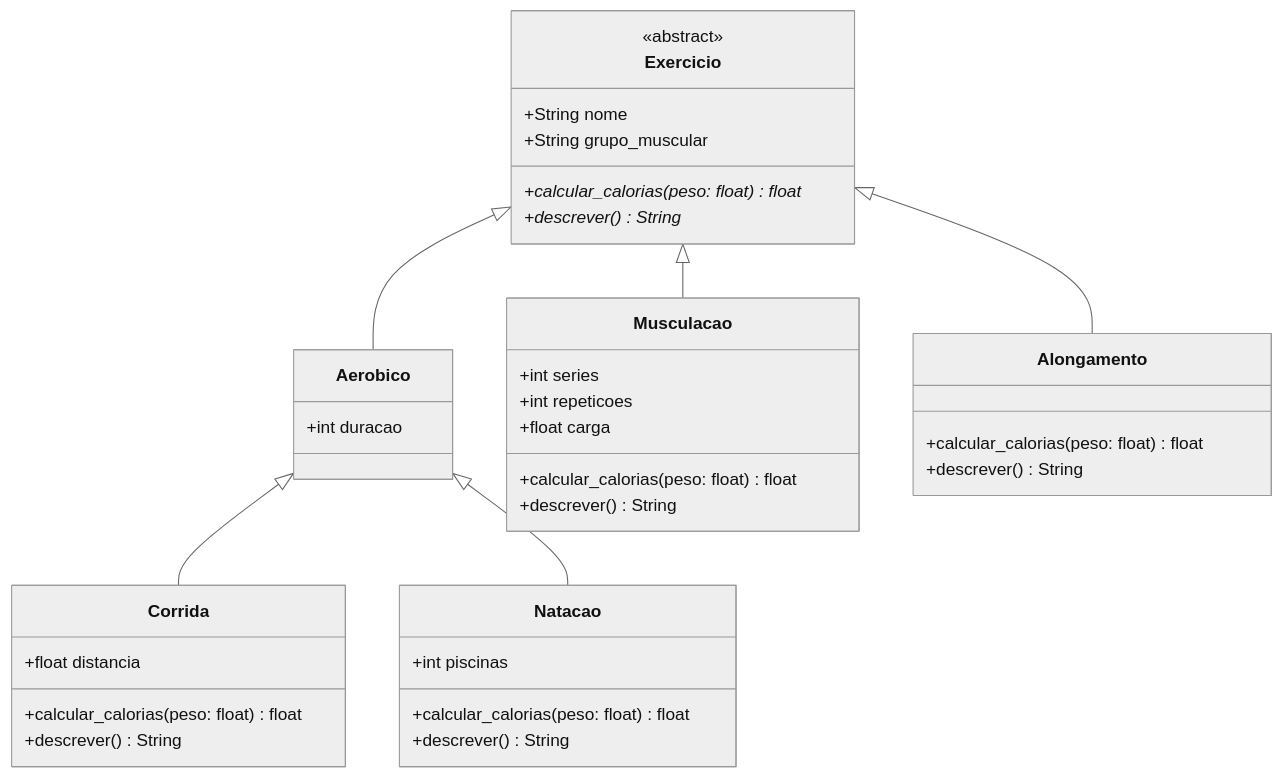
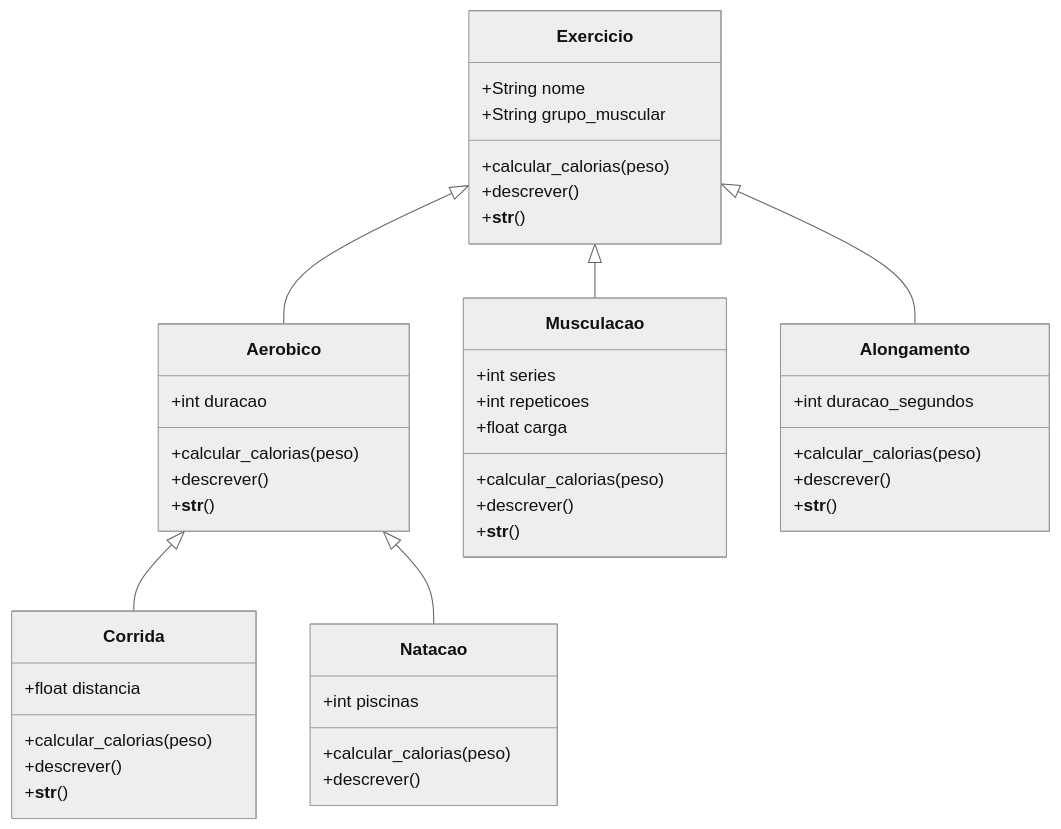
The diagram in docs/diagrama.md (douglaskaran04-ifce/projeto_poo), drawn with Mermaid (neutral theme) before and after one commit. The commit also changed 1 other file, not shown here.

Commit message:
Ajuste no Diagrama

````diff
--- a/docs/diagrama.md
+++ b/docs/diagrama.md
@@ -1,47 +1,52 @@
 ```mermaid
 classDiagram
     class Exercicio {
-        <<abstract>>
         +String nome
         +String grupo_muscular
-        +calcular_calorias(peso: float) float*
-        +descrever() String*
+        +calcular_calorias(peso)
+        +descrever()
+        +__str__()
     }
 
     class Aerobico {
         +int duracao
+        +calcular_calorias(peso)
+        +descrever()
+        +__str__()
     }
 
     class Corrida {
         +float distancia
-        +calcular_calorias(peso: float) float
-        +descrever() String
+        +calcular_calorias(peso)
+        +descrever()
+        +__str__()
     }
 
     class Natacao {
         +int piscinas
-        +calcular_calorias(peso: float) float
-        +descrever() String
+        +calcular_calorias(peso)
+        +descrever()
     }
 
     class Musculacao {
         +int series
         +int repeticoes
         +float carga
-        +calcular_calorias(peso: float) float
-        +descrever() String
+        +calcular_calorias(peso)
+        +descrever()
+        +__str__()
     }
 
     class Alongamento {
-        +calcular_calorias(peso: float) float
-        +descrever() String
+        +int duracao_segundos
+        +calcular_calorias(peso)
+        +descrever()
+        +__str__()
     }
 
-    %% Relacionamentos de Herança
     Exercicio <|-- Aerobico
     Exercicio <|-- Musculacao
     Exercicio <|-- Alongamento
-    
     Aerobico <|-- Corrida
     Aerobico <|-- Natacao
 ```
````
